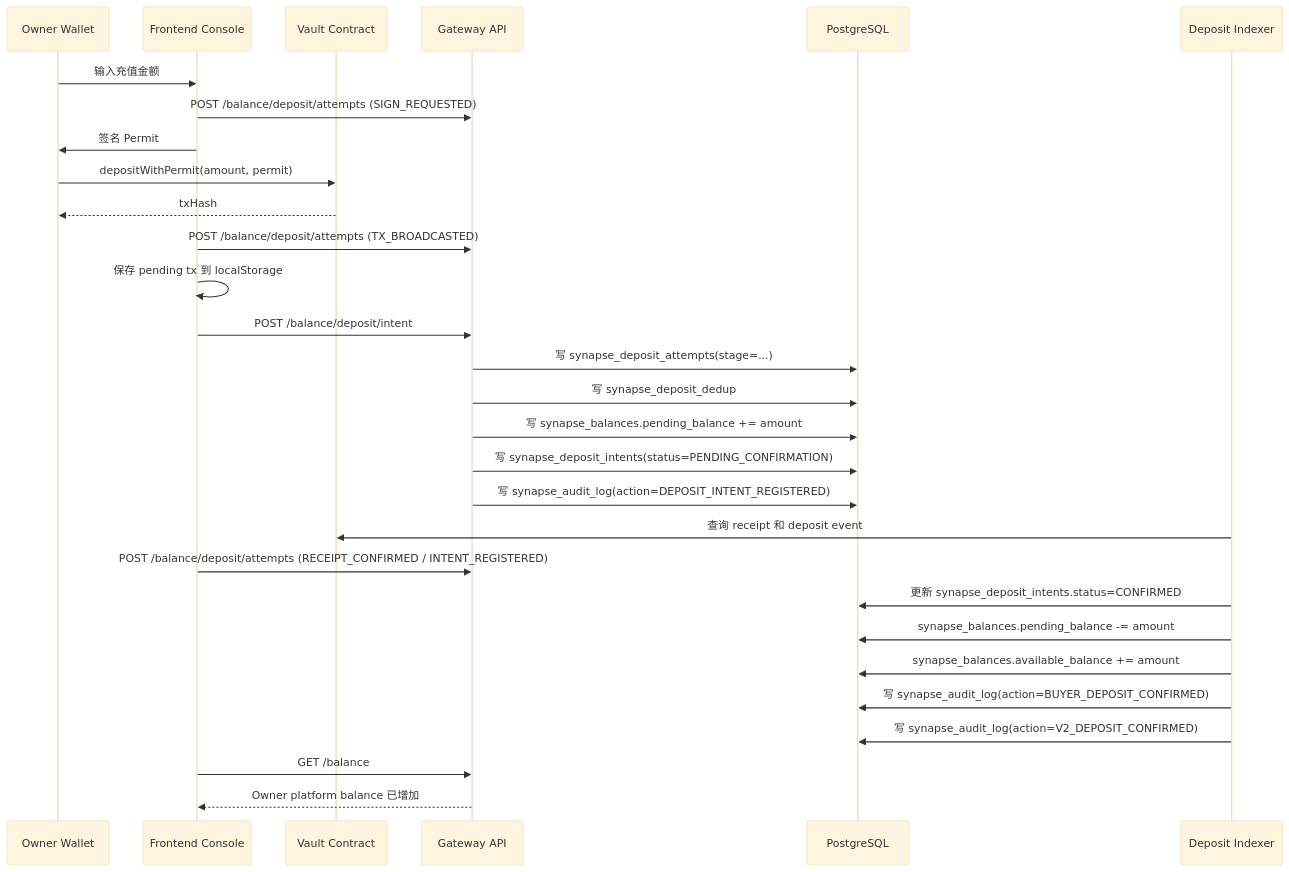
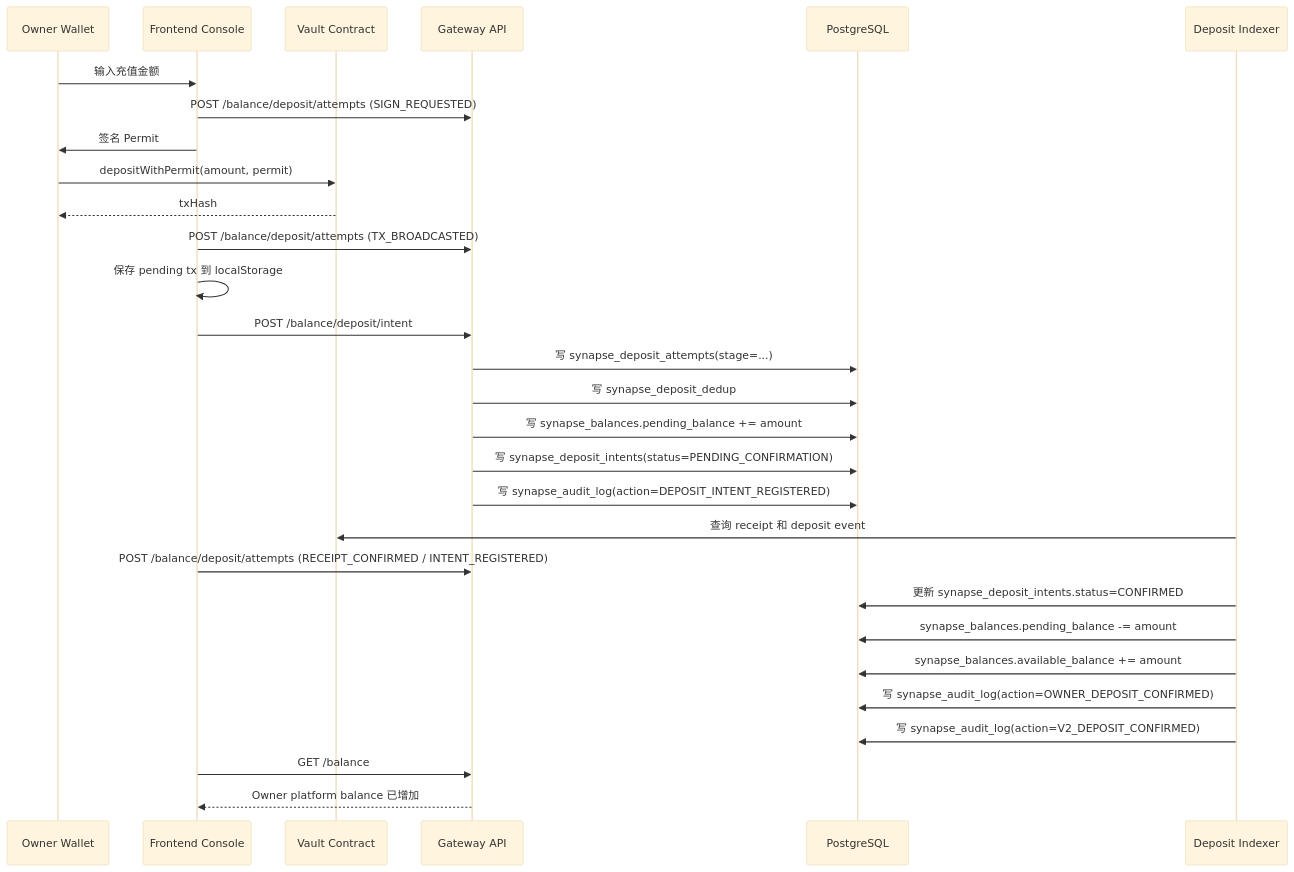
The diagram in docs/03_Smart_Contract_Payment/Owner_Vault_Deposit_End_to_End_Dataflow.md (SynapseNetworkAI/Synapse-Network), drawn with Mermaid (base theme) before and after one commit. The commit also changed other lines of this file and 151 other files, not shown here.

````diff
--- a/docs/03_Smart_Contract_Payment/Owner_Vault_Deposit_End_to_End_Dataflow.md
+++ b/docs/03_Smart_Contract_Payment/Owner_Vault_Deposit_End_to_End_Dataflow.md
@@ -71,32 +71,32 @@
 ```mermaid
 sequenceDiagram
     participant O as Owner Wallet
     participant F as Frontend Console
     participant V as Vault Contract
     participant G as Gateway API
     participant DB as PostgreSQL
     participant I as Deposit Indexer
 
     O->>F: 输入充值金额
     F->>G: POST /balance/deposit/attempts (SIGN_REQUESTED)
     F->>O: 签名 Permit
     O->>V: depositWithPermit(amount, permit)
     V-->>O: txHash
     F->>G: POST /balance/deposit/attempts (TX_BROADCASTED)
     F->>F: 保存 pending tx 到 localStorage
     F->>G: POST /balance/deposit/intent
     G->>DB: 写 synapse_deposit_attempts(stage=...)
     G->>DB: 写 synapse_deposit_dedup
     G->>DB: 写 synapse_balances.pending_balance += amount
     G->>DB: 写 synapse_deposit_intents(status=PENDING_CONFIRMATION)
     G->>DB: 写 synapse_audit_log(action=DEPOSIT_INTENT_REGISTERED)
     I->>V: 查询 receipt 和 deposit event
     F->>G: POST /balance/deposit/attempts (RECEIPT_CONFIRMED / INTENT_REGISTERED)
     I->>DB: 更新 synapse_deposit_intents.status=CONFIRMED
     I->>DB: synapse_balances.pending_balance -= amount
     I->>DB: synapse_balances.available_balance += amount
-    I->>DB: 写 synapse_audit_log(action=BUYER_DEPOSIT_CONFIRMED)
+    I->>DB: 写 synapse_audit_log(action=OWNER_DEPOSIT_CONFIRMED)
     I->>DB: 写 synapse_audit_log(action=V2_DEPOSIT_CONFIRMED)
     F->>G: GET /balance
     G-->>F: Owner platform balance 已增加
 ```
````
